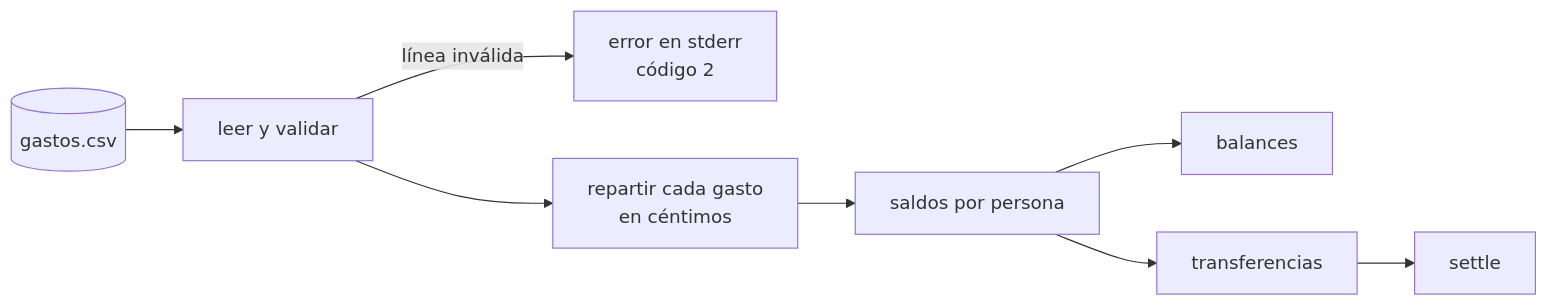
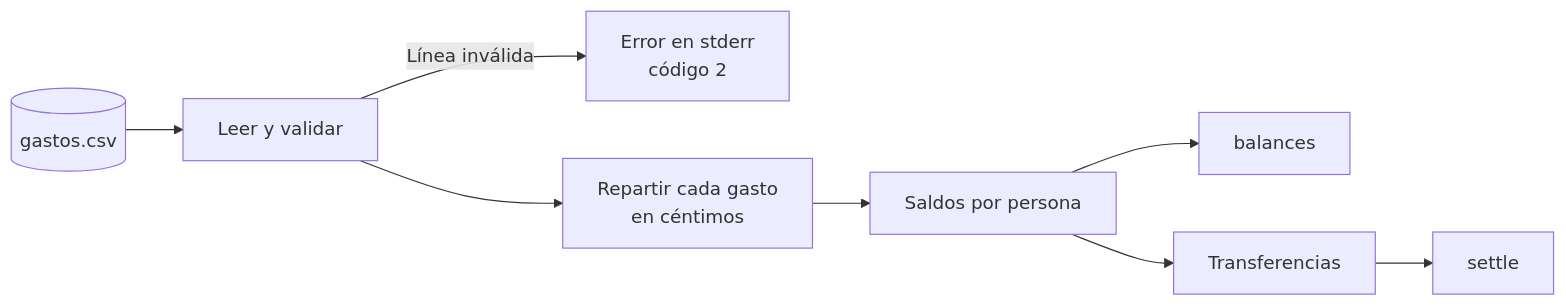
The diagram in labs/01-fundamentals/project-split-bill/BRIEF.md (Chamba-Lab/pytest-lab), drawn with Mermaid before and after one commit. The commit also changed 3 other files, not shown here.

Commit message:
docs(labs): capitalize diagram labels (#1)

````diff
--- a/labs/01-fundamentals/project-split-bill/BRIEF.md
+++ b/labs/01-fundamentals/project-split-bill/BRIEF.md
@@ -20,9 +20,9 @@
 ```mermaid
 flowchart LR
-    CSV[(gastos.csv)] --> R[leer y validar]
-    R -- línea inválida --> E[error en stderr<br/>código 2]
-    R --> P[repartir cada gasto<br/>en céntimos]
-    P --> B[saldos por persona]
+    CSV[(gastos.csv)] --> R[Leer y validar]
+    R -- Línea inválida --> E[Error en stderr<br/>código 2]
+    R --> P[Repartir cada gasto<br/>en céntimos]
+    P --> B[Saldos por persona]
     B --> O1[balances]
-    B --> S[transferencias] --> O2[settle]
+    B --> S[Transferencias] --> O2[settle]
 ```
````
